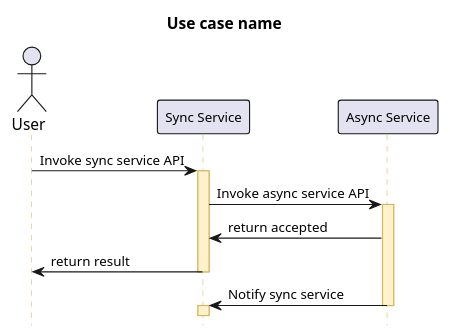
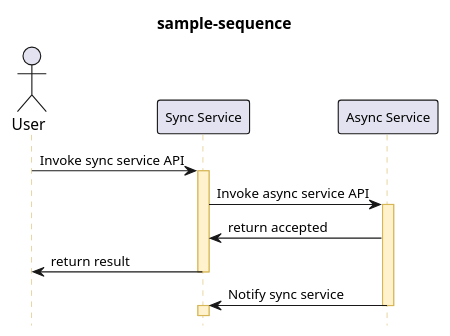
One commit to lofim/plant-uml-samples changed the diagram in sequence-sample.puml. Above: the diagram before and after it, drawn with PlantUML. The commit also changed 2 other files, not shown here.

```diff
--- a/sequence-sample.puml
+++ b/sequence-sample.puml
@@ -1,41 +1,41 @@
 @startuml
 
 skinparam shadowing false
 skinparam SequenceLifeLineBackgroundColor #fff2cc
 skinparam SequenceLifeLineBorderColor #d6b656
 skinparam SequenceParticipantBorderThickness 1
 skinparam SequenceActorBorderThickness 1
 skinparam SequenceDividerBorderThickness 1
 skinparam SequenceBoxBackgroundColor #fbfbfb
 skinparam SequenceBoxBorderColor #dfdfdf
 skinparam SequenceDividerBorderThickness 1
 skinparam NoteBackgroundColor #fbfbfb
 skinparam NoteBorderColor #dfdfdf
 skinparam NoteFontColor #A9A9A9
 skinparam NoteFontSize 10
 skinparam ParticipantFontSize 12
 skinparam ArrowFontSize 12
 hide footbox
 
-title Use case name
+title sample-sequence
 
 actor "User" as user
 
 participant "Sync Service" as serviceA
 participant "Async Service" as serviceB
 
 user -> serviceA: Invoke sync service API
 activate serviceA
 
 serviceA -> serviceB: Invoke async service API
 activate serviceB
 serviceB -> serviceA: return accepted
 
 serviceA -> user: return result
 deactivate serviceA
 
 serviceB -> serviceA: Notify sync service
 deactivate serviceB 
 activate serviceA
 
 @enduml
```
